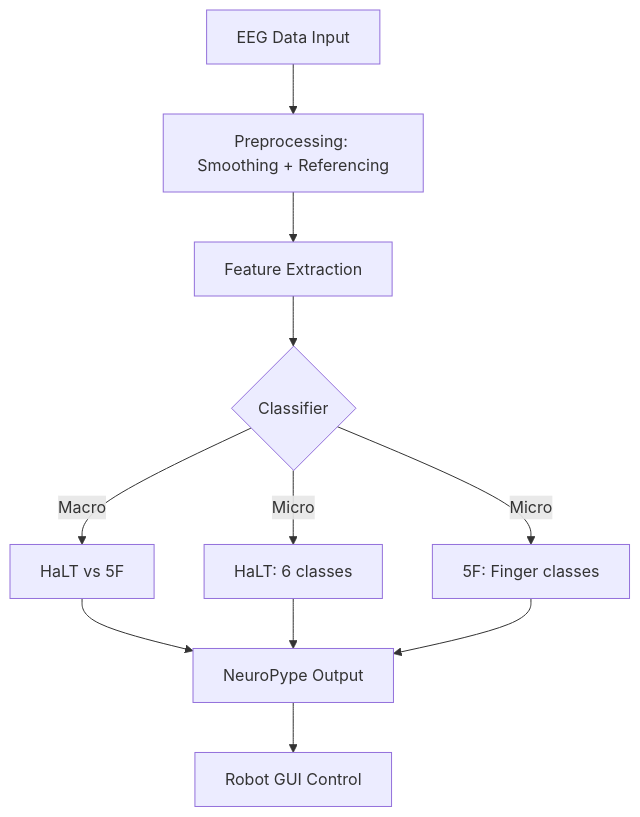
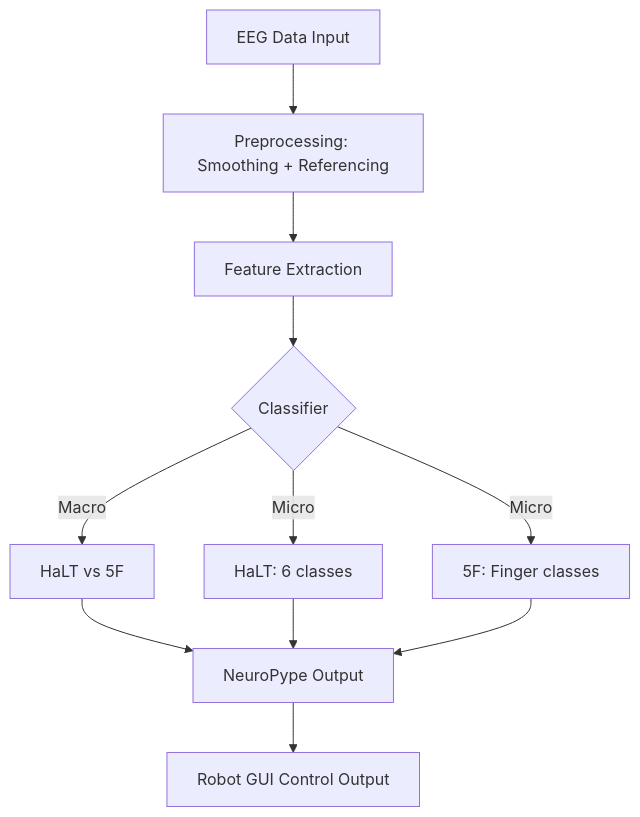
One commit to ChawinOph/cv-chawin-ophaswongse changed the first of 2 diagrams in content/project/motor_imagery_control_of_robot_arm/index.md. Above: the diagram before and after it, drawn with Mermaid.

Commit message:
edited mermaid in BCI

````diff
--- a/content/project/motor_imagery_control_of_robot_arm/index.md
+++ b/content/project/motor_imagery_control_of_robot_arm/index.md
@@ -99,13 +99,13 @@
 ```mermaid
 graph TD
     A[EEG Data Input] --> B[Preprocessing: Smoothing + Referencing]
     B --> C[Feature Extraction]
     C --> D{Classifier}
     D -->|Macro| E[HaLT vs 5F]
     D -->|Micro| F[HaLT: 6 classes]
     D -->|Micro| G[5F: Finger classes]
     E --> H[NeuroPype Output]
     F --> H
     G --> H
-    H --> I[Robot GUI Control]
+    H --> I[Robot GUI Control Output]
 ```
````
